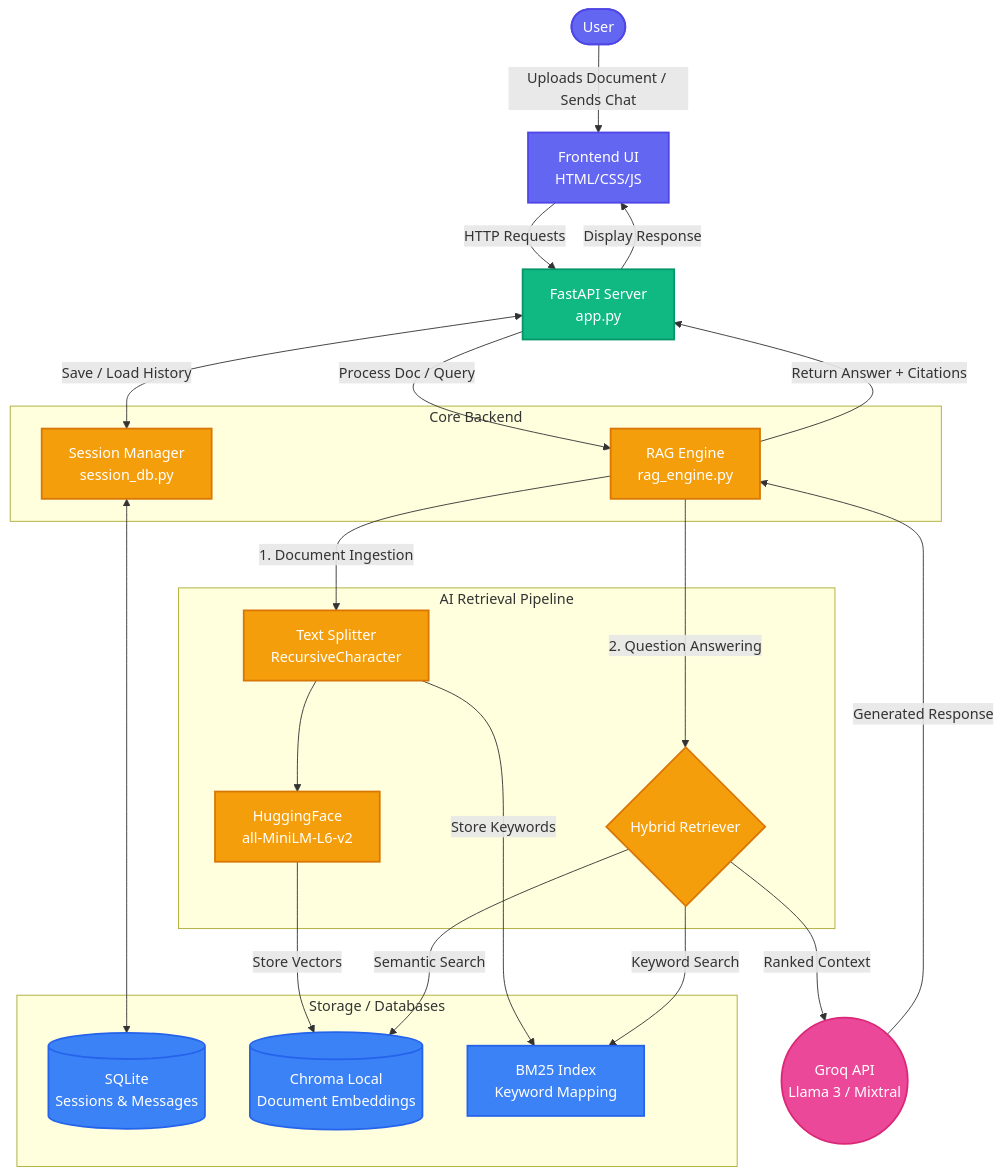
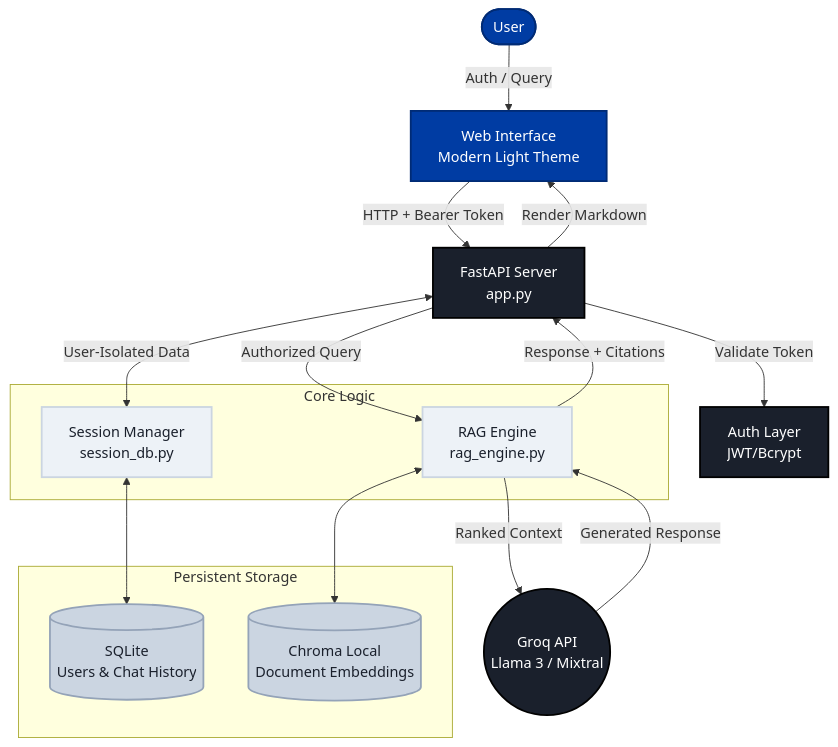
Before and after one commit to SiddheshUgale73/VANT-AI: the diagram in README.md, drawn with Mermaid. The commit also changed other lines of this file and 1 other file, not shown here.

````diff
--- a/README.md
+++ b/README.md
@@ -28,56 +26,41 @@
 ```mermaid
 graph TD
-    %% Styling
-    classDef user fill:#6366f1,stroke:#4f46e5,color:#fff,stroke-width:2px;
-    classDef api fill:#10b981,stroke:#059669,color:#fff,stroke-width:2px;
-    classDef engine fill:#f59e0b,stroke:#d97706,color:#fff,stroke-width:2px;
-    classDef db fill:#3b82f6,stroke:#2563eb,color:#fff,stroke-width:2px;
-    classDef llm fill:#ec4899,stroke:#db2777,color:#fff,stroke-width:2px;
+    classDef user fill:#003ca3,stroke:#002b75,color:#fff,stroke-width:2px;
+    classDef api fill:#1a202c,stroke:#000,color:#fff,stroke-width:2px;
+    classDef engine fill:#edf2f7,stroke:#cbd5e1,color:#1a202c,stroke-width:2px;
+    classDef db fill:#cbd5e1,stroke:#94a3b8,color:#1a202c,stroke-width:2px;
 
     User([User]):::user
-    UI[Frontend UI<br/>HTML/CSS/JS]:::user
+    UI[Web Interface<br/>Modern Light Theme]:::user
     
     API[FastAPI Server<br/>app.py]:::api
+    Auth[Auth Layer<br/>JWT/Bcrypt]:::api
     
-    User -->|Uploads Document / Sends Chat| UI
-    UI -->|HTTP Requests| API
+    User -->|Auth / Query| UI
+    UI -->|HTTP + Bearer Token| API
+    API -->|Validate Token| Auth
     
-    subgraph Core Backend
+    subgraph Core Logic
         RAG[RAG Engine<br/>rag_engine.py]:::engine
         Session[Session Manager<br/>session_db.py]:::engine
     end
     
-    API -->|Process Doc / Query| RAG
-    API <-->|Save / Load History| Session
+    API -->|Authorized Query| RAG
+    API <-->|User-Isolated Data| Session
     
-    subgraph Storage / Databases
-        SQLite[(SQLite<br/>Sessions & Messages)]:::db
+    subgraph Persistent Storage
+        SQLite[(SQLite<br/>Users & Chat History)]:::db
         ChromaDB[(Chroma Local<br/>Document Embeddings)]:::db
-        BM25[BM25 Index<br/>Keyword Mapping]:::db
     end
     
     Session <--> SQLite
+    RAG <--> ChromaDB
     
-    subgraph AI Retrieval Pipeline
-        Splitter[Text Splitter<br/>RecursiveCharacter]:::engine
-        Embeddings[HuggingFace<br/>all-MiniLM-L6-v2]:::engine
-        HybridSearch{Hybrid Retriever}:::engine
-    end
+    LLM((Groq API<br/>Llama 3 / Mixtral)):::api
     
-    RAG -->|1. Document Ingestion| Splitter
-    Splitter --> Embeddings
-    Embeddings -->|Store Vectors| ChromaDB
-    Splitter -->|Store Keywords| BM25
-    
-    RAG -->|2. Question Answering| HybridSearch
-    HybridSearch -->|Semantic Search| ChromaDB
-    HybridSearch -->|Keyword Search| BM25
-    
-    LLM((Groq API<br/>Llama 3 / Mixtral)):::llm
-    
-    HybridSearch -->|Ranked Context| LLM
+    RAG -->|Ranked Context| LLM
     LLM -->|Generated Response| RAG
     
-    RAG -->|Return Answer + Citations| API
-    API -->|Display Response| UI
+    RAG -->|Response + Citations| API
+    API -->|Render Markdown| UI
 ```
````
